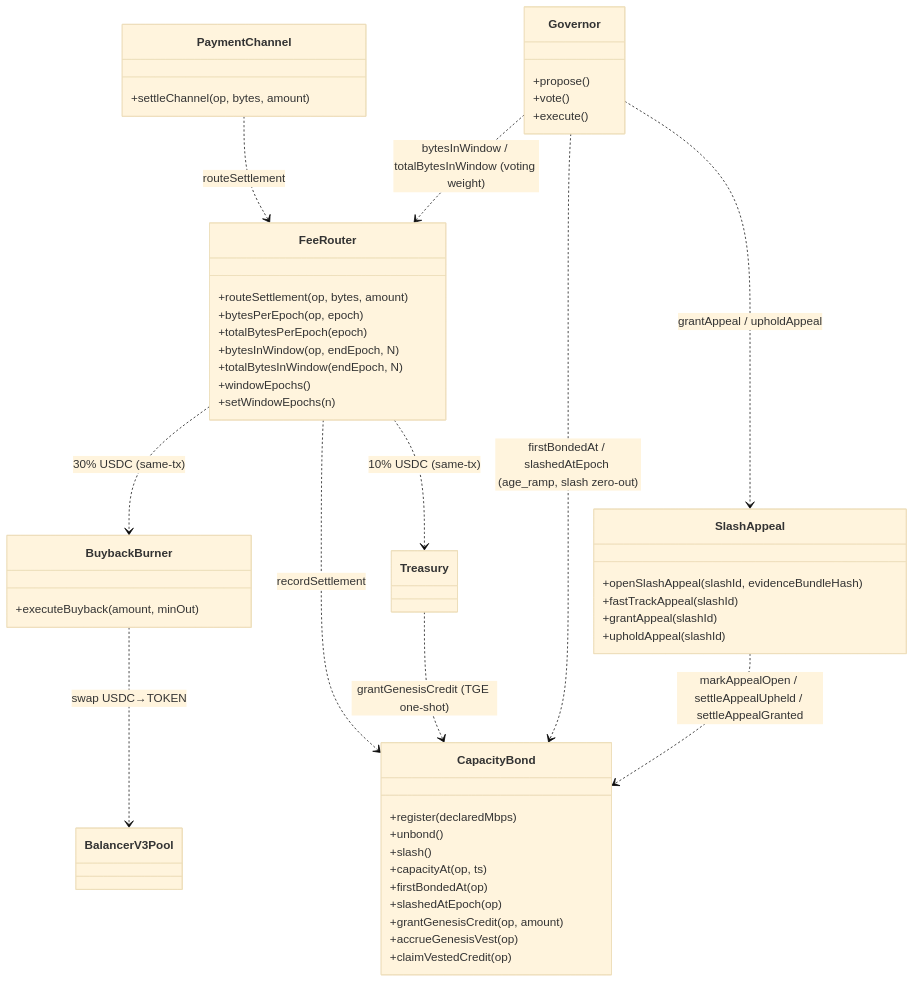
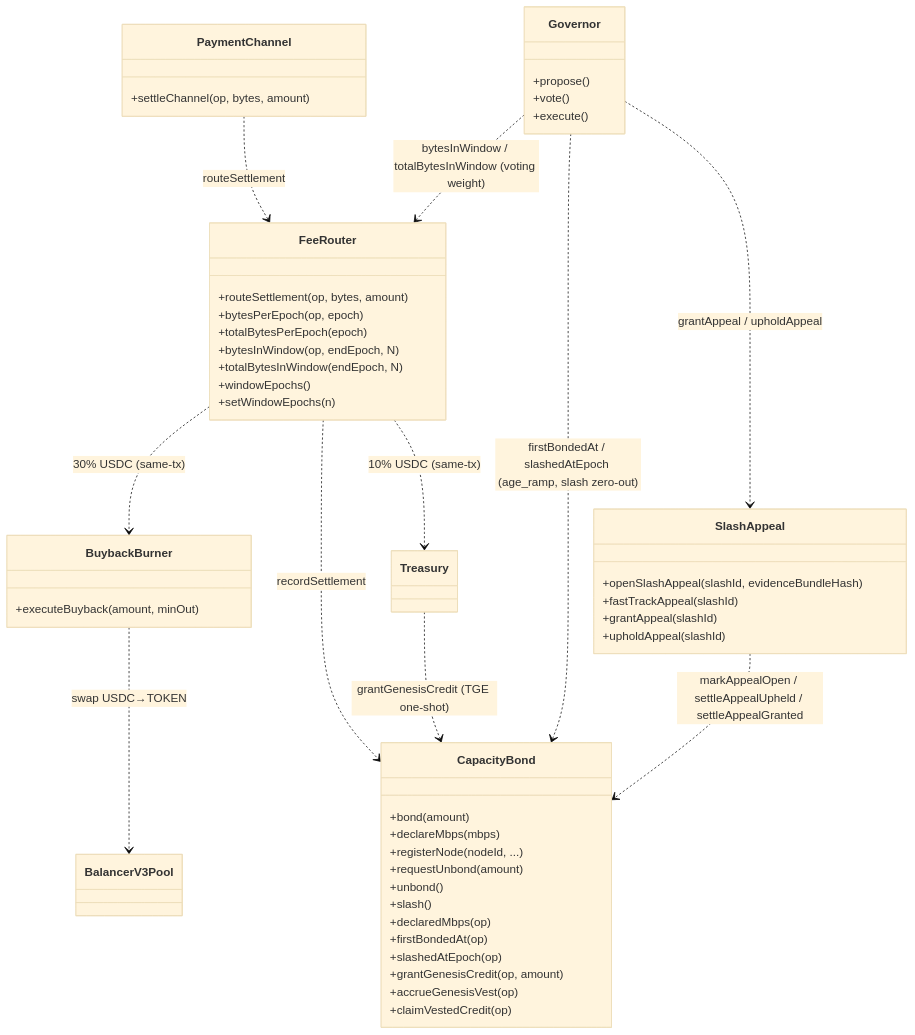
Before and after one commit to decdn/decdn: the first of 5 diagrams in adr/016-contract-interactions.md, drawn with Mermaid (base theme). The commit also changed other lines of this file and 9 other files, not shown here.

First line of the commit message:
docs(adr): align CapacityBond accessor names with shipped ABI (#765) (#769)

````diff
--- a/adr/016-contract-interactions.md
+++ b/adr/016-contract-interactions.md
@@ -39,53 +39,56 @@
 ```mermaid
 classDiagram
     class PaymentChannel {
         +settleChannel(op, bytes, amount)
     }
     class FeeRouter {
         +routeSettlement(op, bytes, amount)
         +bytesPerEpoch(op, epoch)
         +totalBytesPerEpoch(epoch)
         +bytesInWindow(op, endEpoch, N)
         +totalBytesInWindow(endEpoch, N)
         +windowEpochs()
         +setWindowEpochs(n)
     }
     class CapacityBond {
-        +register(declaredMbps)
+        +bond(amount)
+        +declareMbps(mbps)
+        +registerNode(nodeId, ...)
+        +requestUnbond(amount)
         +unbond()
         +slash()
-        +capacityAt(op, ts)
+        +declaredMbps(op)
         +firstBondedAt(op)
         +slashedAtEpoch(op)
         +grantGenesisCredit(op, amount)
         +accrueGenesisVest(op)
         +claimVestedCredit(op)
     }
     class BuybackBurner {
         +executeBuyback(amount, minOut)
     }
     class SlashAppeal {
         +openSlashAppeal(slashId, evidenceBundleHash)
         +fastTrackAppeal(slashId)
         +grantAppeal(slashId)
         +upholdAppeal(slashId)
     }
     class Governor {
         +propose()
         +vote()
         +execute()
     }
     class Treasury
     class BalancerV3Pool
 
     PaymentChannel ..> FeeRouter : routeSettlement
     FeeRouter ..> BuybackBurner : 30% USDC (same-tx)
     FeeRouter ..> Treasury : 10% USDC (same-tx)
     FeeRouter ..> CapacityBond : recordSettlement
     BuybackBurner ..> BalancerV3Pool : swap USDC→TOKEN
     Treasury ..> CapacityBond : grantGenesisCredit (TGE one-shot)
     Governor ..> FeeRouter : bytesInWindow / totalBytesInWindow (voting weight)
     Governor ..> CapacityBond : firstBondedAt / slashedAtEpoch (age_ramp, slash zero-out)
     SlashAppeal ..> CapacityBond : markAppealOpen / settleAppealUpheld / settleAppealGranted
     Governor ..> SlashAppeal : grantAppeal / upholdAppeal
 ```
````
